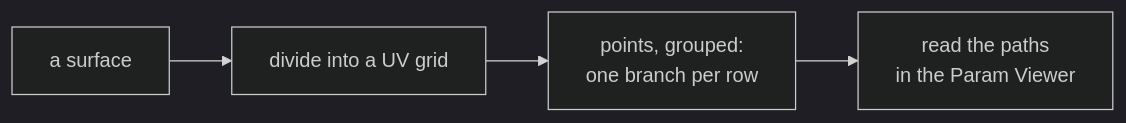
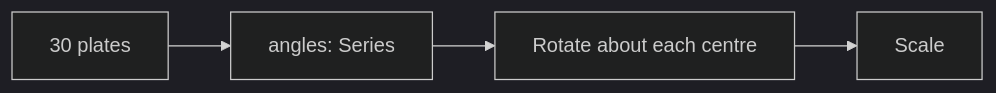
The third of 4 diagrams in Lecture/Week_07/goals.md (rccn-teaching/cdf), drawn with Mermaid (dark theme) before and after one commit. The commit also changed other lines of this file and 23 other files, not shown here.

Commit message:
Refactor lecture materials for Weeks 13-15: update README and goals to enhance clarity and structure; adjust session objectives and commands; improve flowcharts and voting processes for better engagement and understanding.

````diff
--- a/Lecture/Week_07/goals.md
+++ b/Lecture/Week_07/goals.md
@@ -33,6 +58,8 @@
 ```mermaid
 flowchart LR
-    S["a surface"] --> G["divide into a UV grid"]
-    G --> T["points, grouped:<br/>one branch per row"]
-    T --> V["read the paths<br/>in the Param Viewer"]
+    M0["30 plates"]
+    A1["angles: Series"]
+    R2["Rotate about each centre"]
+    S3["Scale"]
+    M0 --> A1 --> R2 --> S3
 ```
````
